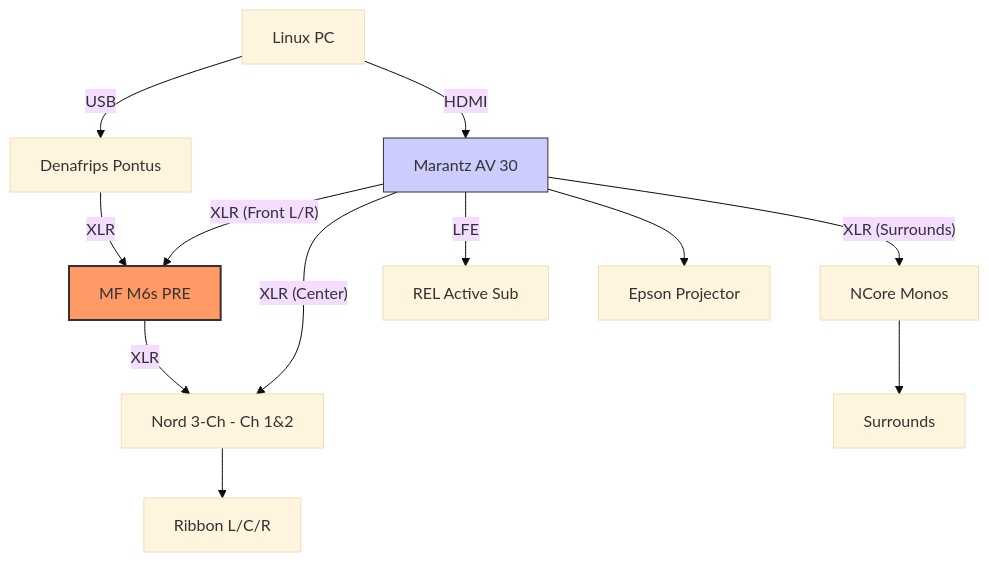
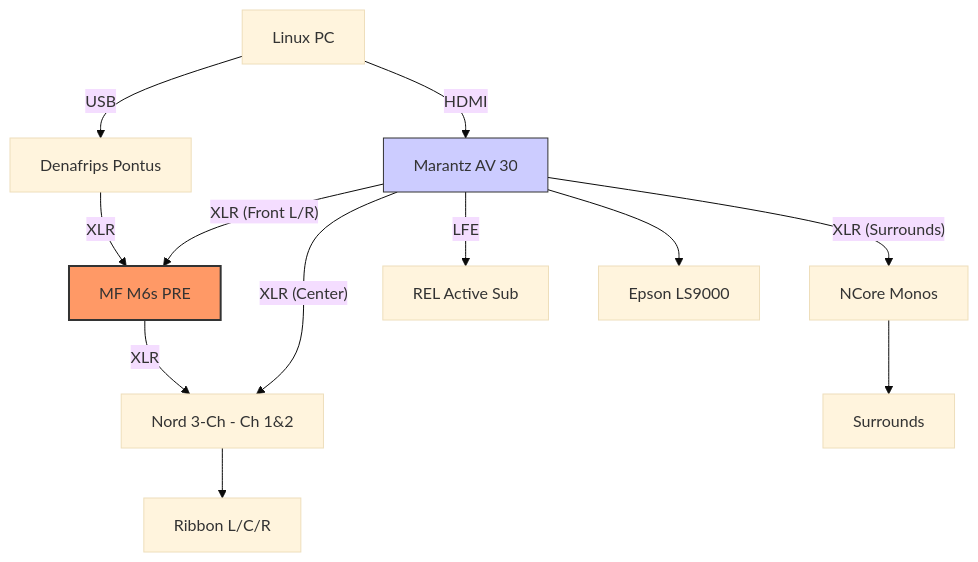
One commit to gilesw/hifi-rebuild changed the diagram in system-diagram.md. Above: the diagram before and after it, drawn with Mermaid (base theme). The commit also changed 3 other files, not shown here.

````diff
--- a/system-diagram.md
+++ b/system-diagram.md
@@ -3,20 +3,20 @@
 ```mermaid
 graph TD
     PC[Linux PC] -- USB --> DAC[Denafrips Pontus]
     PC -- HDMI --> AVP[Marantz AV 30]
 
     DAC -- XLR --> MF[MF M6s PRE]
     AVP -- "XLR (Front L/R)" --> MF
 
     MF -- XLR --> Amp1[Nord 3-Ch - Ch 1&2]
     AVP -- "XLR (Center)" --> Amp1
     AVP -- "XLR (Surrounds)" --> Amp2[NCore Monos]
     AVP -- "LFE" --> Sub[REL Active Sub]
 
     Amp1 --> Speakers[Ribbon L/C/R]
     Amp2 --> RearSpeakers[Surrounds]
-    AVP --> Proj[Epson Projector]
+    AVP --> Proj[Epson LS9000]
 
     style MF fill:#f96,stroke:#333,stroke-width:2px
     style AVP fill:#ccf,stroke:#333
 ```
````
